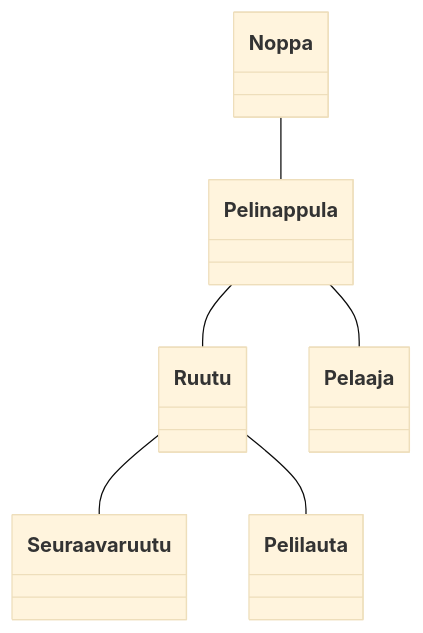
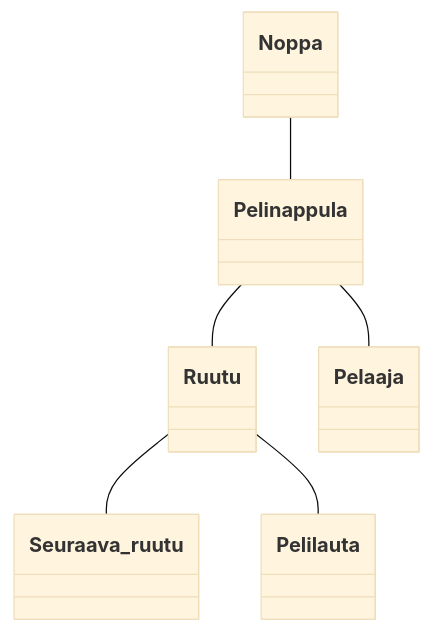
One commit to sohvip/ot-harjoitustyo changed the diagram in laskarit/viikko3/monopoli_luokkakaavio.md. Above: the diagram before and after it, drawn with Mermaid (base theme).

````diff
--- a/laskarit/viikko3/monopoli_luokkakaavio.md
+++ b/laskarit/viikko3/monopoli_luokkakaavio.md
@@ -1,9 +1,9 @@
 ```mermaid
   classDiagram
       Noppa -- Pelinappula
       Pelinappula -- Ruutu
       Pelinappula -- Pelaaja
-      Ruutu -- Seuraava ruutu
+      Ruutu -- Seuraava_ruutu
       Ruutu -- Pelilauta
       
 ```
````
